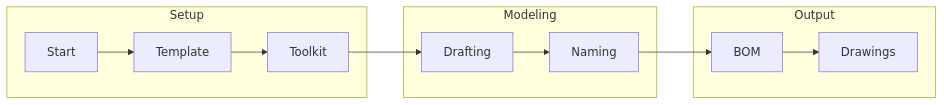
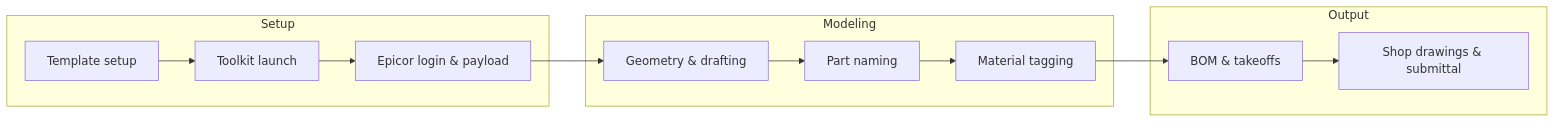
The third of 4 diagrams in onboarding/project-delivery.md (cwka-engineering/cwka-engineering.github.io), drawn with Mermaid before and after one commit. The commit also changed other lines of this file, not shown here.

First line of the commit message:
Update pre-existing Mermaid diagrams in project-delivery

````diff
--- a/onboarding/project-delivery.md
+++ b/onboarding/project-delivery.md
@@ -136,15 +139,16 @@
 ```mermaid
 graph LR
 subgraph Setup
-A[Start] --> B[Template]
-B --> C[Toolkit]
+A[Template setup] --> B[Toolkit launch]
+B --> C[Epicor login & payload]
 end
 subgraph Modeling
-C --> D[Drafting]
-D --> E[Naming]
+C --> D[Geometry & drafting]
+D --> E[Part naming]
+E --> F[Material tagging]
 end
 subgraph Output
-E --> F[BOM]
-F --> G[Drawings]
+F --> G[BOM & takeoffs]
+G --> H[Shop drawings & submittal]
 end
 ```
````
